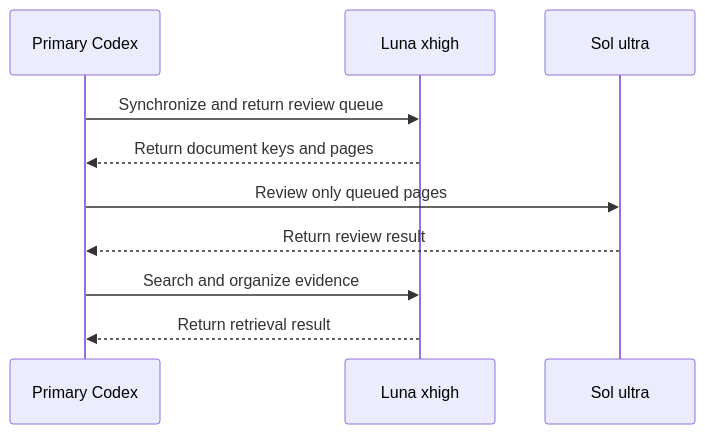
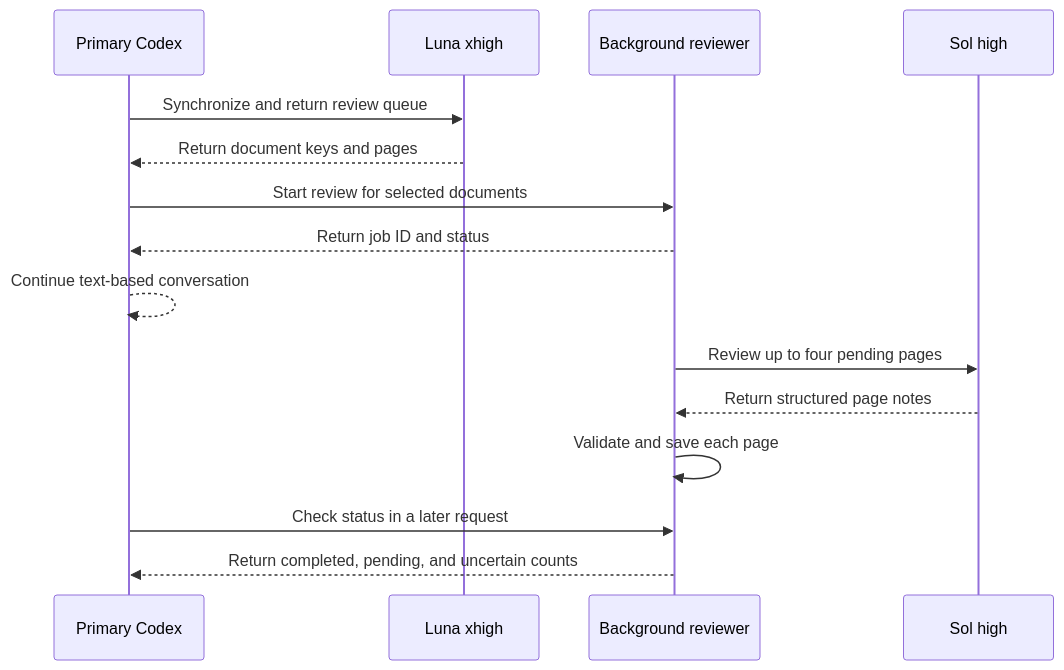
One commit to LWH4Data/research-agent changed the fourth of 10 diagrams in docs/technical/README.en.md. Above: the diagram before and after it, drawn with Mermaid. The commit also changed other lines of this file and 69 other files, not shown here.

````diff
--- a/docs/technical/README.en.md
+++ b/docs/technical/README.en.md
@@ -434,13 +523,18 @@
 ```mermaid
 sequenceDiagram
     participant C as Primary Codex
     participant L as Luna xhigh
-    participant S as Sol ultra
+    participant B as Background reviewer
+    participant S as Sol high
 
     C->>L: Synchronize and return review queue
     L-->>C: Return document keys and pages
-    C->>S: Review only queued pages
-    S-->>C: Return review result
-    C->>L: Search and organize evidence
-    L-->>C: Return retrieval result
+    C->>B: Start review for selected documents
+    B-->>C: Return job ID and status
+    C-->>C: Continue text-based conversation
+    B->>S: Review up to four pending pages
+    S-->>B: Return structured page notes
+    B->>B: Validate and save each page
+    C->>B: Check status in a later request
+    B-->>C: Return completed, pending, and uncertain counts
 ```
````
